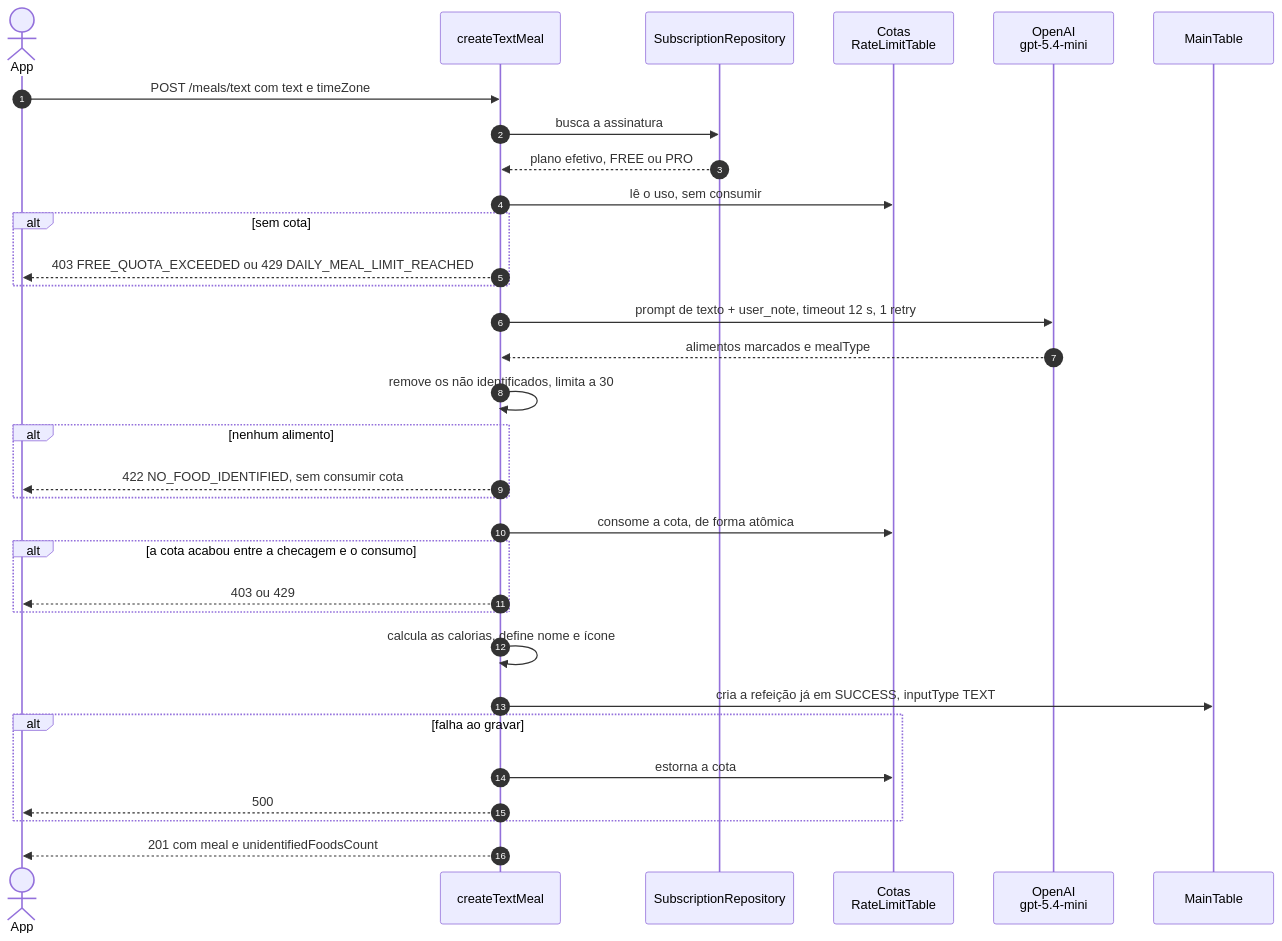
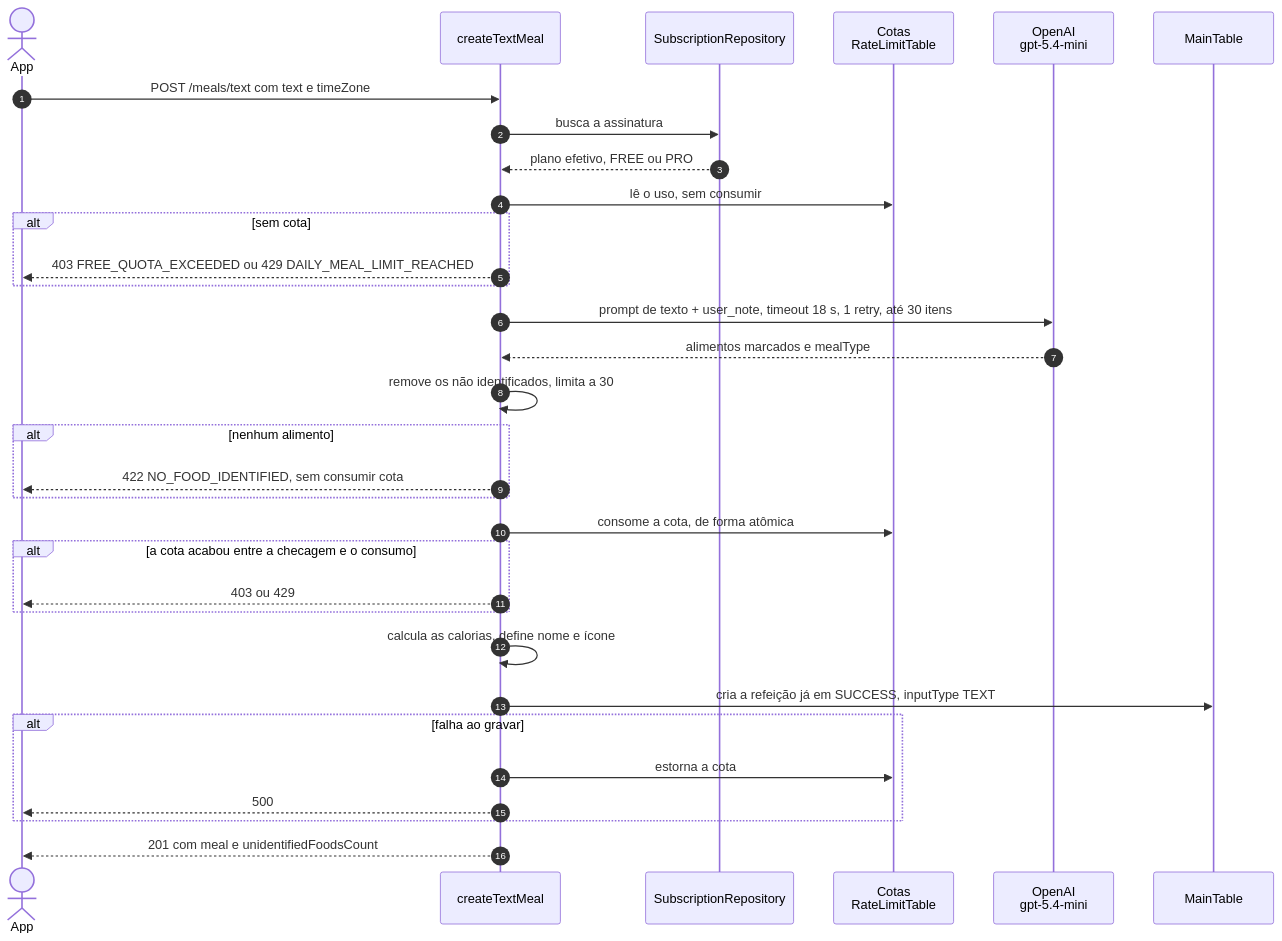
The diagram in docs/guide/fluxos/refeicao-texto.md (nivaldoandrade/nacal-api), drawn with Mermaid before and after one commit. The commit also changed other lines of this file and 5 other files, not shown here.

````diff
--- a/docs/guide/fluxos/refeicao-texto.md
+++ b/docs/guide/fluxos/refeicao-texto.md
@@ -16,35 +16,35 @@
 ```mermaid
 sequenceDiagram
     autonumber
     actor U as App
     participant L as createTextMeal
     participant Sub as SubscriptionRepository
     participant Q as Cotas<br/>RateLimitTable
     participant AI as OpenAI<br/>gpt-5.4-mini
     participant DB as MainTable
 
     U->>L: POST /meals/text com text e timeZone
     L->>Sub: busca a assinatura
     Sub-->>L: plano efetivo, FREE ou PRO
     L->>Q: lê o uso, sem consumir
     alt sem cota
         L-->>U: 403 FREE_QUOTA_EXCEEDED ou 429 DAILY_MEAL_LIMIT_REACHED
     end
-    L->>AI: prompt de texto + user_note, timeout 12 s, 1 retry
+    L->>AI: prompt de texto + user_note, timeout 18 s, 1 retry, até 30 itens
     AI-->>L: alimentos marcados e mealType
     L->>L: remove os não identificados, limita a 30
     alt nenhum alimento
         L-->>U: 422 NO_FOOD_IDENTIFIED, sem consumir cota
     end
     L->>Q: consome a cota, de forma atômica
     alt a cota acabou entre a checagem e o consumo
         L-->>U: 403 ou 429
     end
     L->>L: calcula as calorias, define nome e ícone
     L->>DB: cria a refeição já em SUCCESS, inputType TEXT
     alt falha ao gravar
         L->>Q: estorna a cota
         L-->>U: 500
     end
     L-->>U: 201 com meal e unidentifiedFoodsCount
 ```
````
